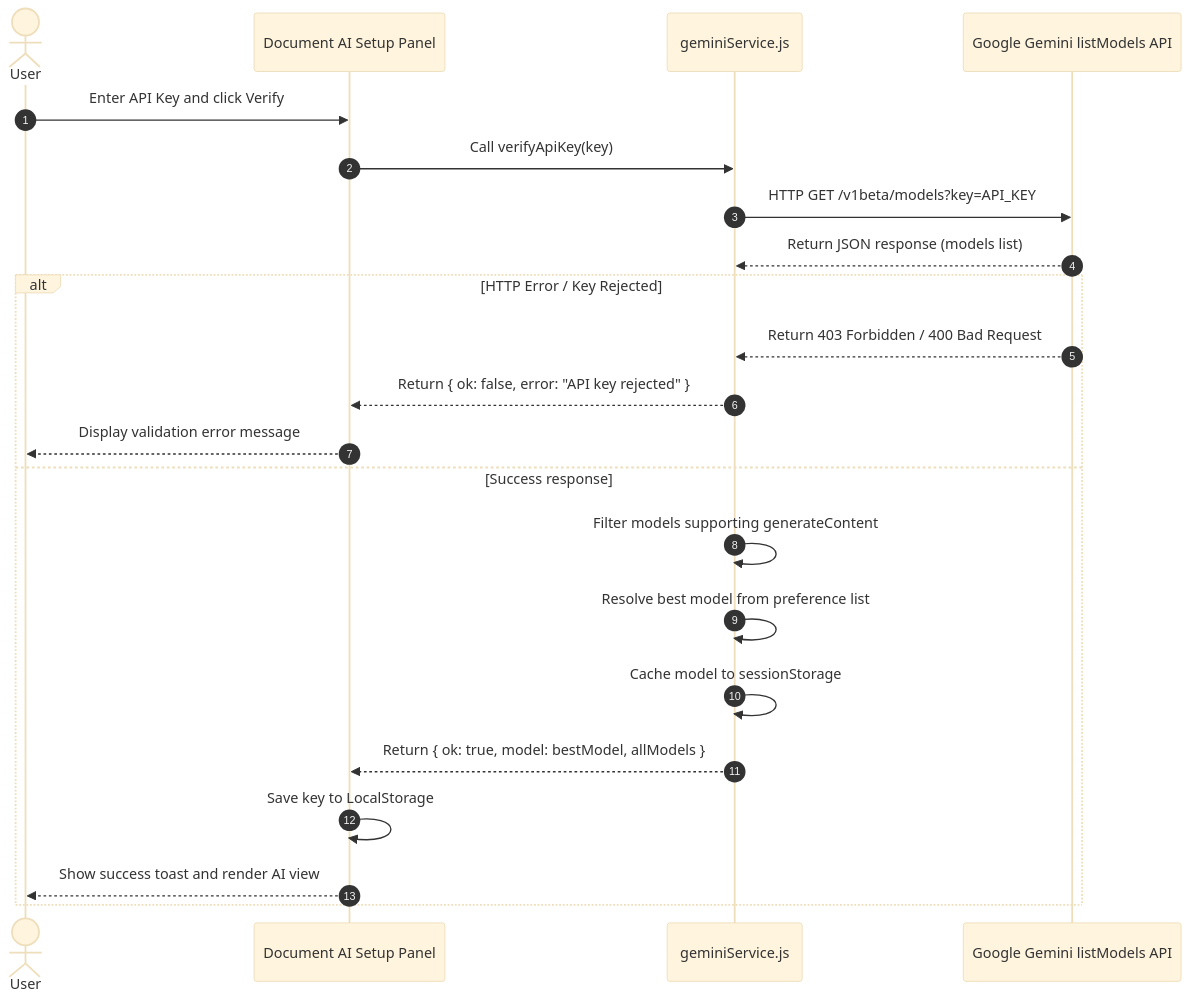
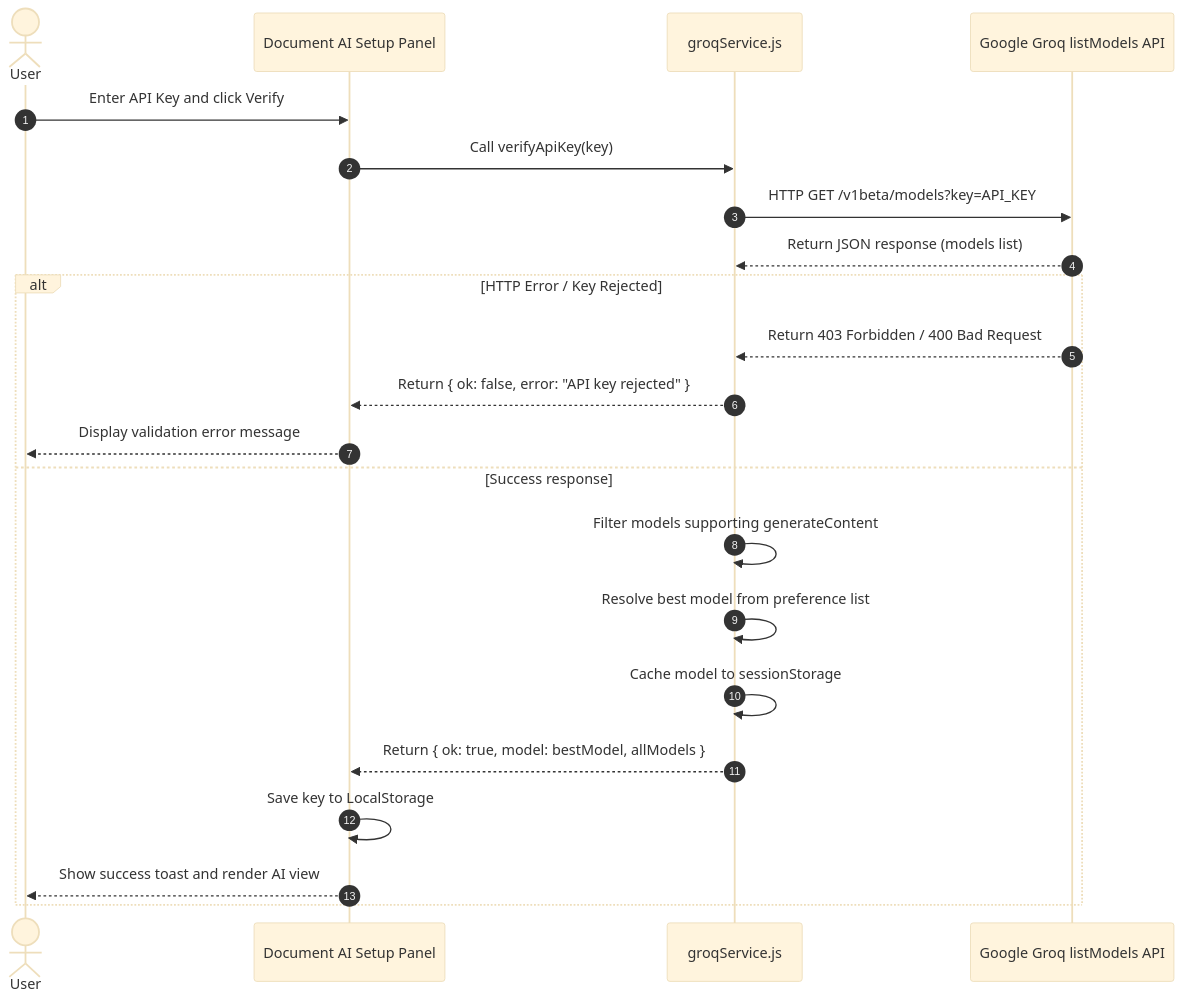
Diagram 13 of 13 in Frontend-Technical-Design.md (silent-knight-22/career-document-hub), drawn with Mermaid (base theme) before and after one commit. The commit also changed other lines of this file and 5 other files, not shown here.

Commit message:
refactor: rename geminiService to groqService, clean up duplicate Repository_Overview, and finalize Groq rebrand

````diff
--- a/Frontend-Technical-Design.md
+++ b/Frontend-Technical-Design.md
@@ -655,25 +655,25 @@
 ```mermaid
 sequenceDiagram
     autonumber
     actor User
     participant UI as Document AI Setup Panel
-    participant Svc as geminiService.js
-    participant API as Google Gemini listModels API
+    participant Svc as groqService.js
+    participant API as Google Groq listModels API
 
     User->>UI: Enter API Key and click Verify
     UI->>Svc: Call verifyApiKey(key)
     Svc->>API: HTTP GET /v1beta/models?key=API_KEY
     API-->>Svc: Return JSON response (models list)
     alt HTTP Error / Key Rejected
         API-->>Svc: Return 403 Forbidden / 400 Bad Request
         Svc-->>UI: Return { ok: false, error: "API key rejected" }
         UI-->>User: Display validation error message
     else Success response
         Svc->>Svc: Filter models supporting generateContent
         Svc->>Svc: Resolve best model from preference list
         Svc->>Svc: Cache model to sessionStorage
         Svc-->>UI: Return { ok: true, model: bestModel, allModels }
         UI->>UI: Save key to LocalStorage
         UI-->>User: Show success toast and render AI view
     end
 ```
````
